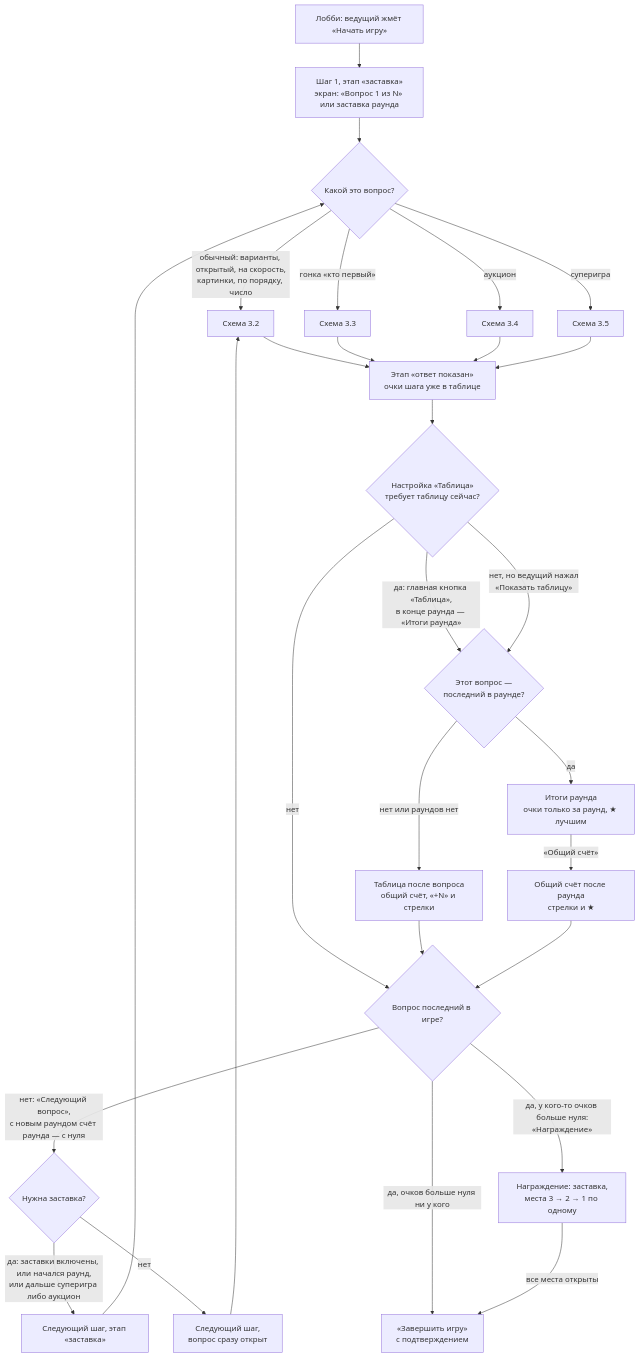
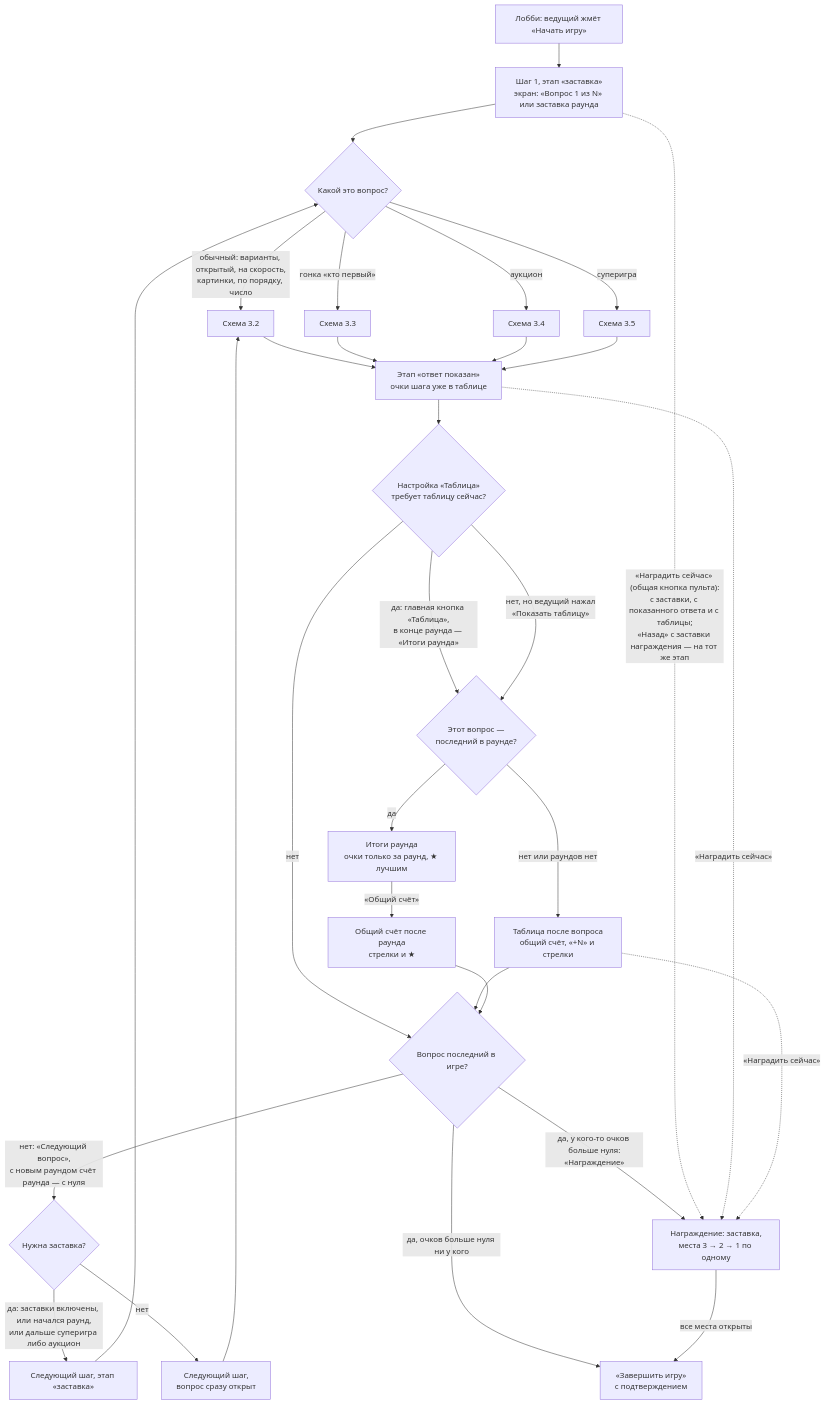
The first of 7 diagrams in src/mechanics/quiz/LOGIC.md (Joonde/joyrest-games), drawn with Mermaid before and after one commit. The commit also changed other lines of this file and 4 other files, not shown here.

````diff
--- a/src/mechanics/quiz/LOGIC.md
+++ b/src/mechanics/quiz/LOGIC.md
@@ -77,30 +78,33 @@
 ```mermaid
 flowchart TD
     A["Лобби: ведущий жмёт «Начать игру»"] --> B["Шаг 1, этап «заставка»<br/>экран: «Вопрос 1 из N» или заставка раунда"]
     B --> C{"Какой это вопрос?"}
     C -- "обычный: варианты, открытый, на скорость,<br/>картинки, по порядку, число" --> D["Схема 3.2"]
     C -- "гонка «кто первый»" --> E["Схема 3.3"]
     C -- "аукцион" --> F["Схема 3.4"]
     C -- "суперигра" --> G["Схема 3.5"]
     D --> R["Этап «ответ показан»<br/>очки шага уже в таблице"]
     E --> R
     F --> R
     G --> R
     R --> T{"Настройка «Таблица»<br/>требует таблицу сейчас?"}
     T -- "да: главная кнопка «Таблица»,<br/>в конце раунда — «Итоги раунда»" --> H{"Этот вопрос —<br/>последний в раунде?"}
     T -- "нет, но ведущий нажал<br/>«Показать таблицу»" --> H
     T -- "нет" --> L{"Вопрос последний в игре?"}
     H -- "нет или раундов нет" --> I["Таблица после вопроса<br/>общий счёт, «+N» и стрелки"]
     H -- "да" --> J["Итоги раунда<br/>очки только за раунд, ★ лучшим"]
     J -- "«Общий счёт»" --> K["Общий счёт после раунда<br/>стрелки и ★"]
     I --> L
     K --> L
     L -- "нет: «Следующий вопрос»,<br/>с новым раундом счёт раунда — с нуля" --> M{"Нужна заставка?"}
     M -- "да: заставки включены, или начался раунд,<br/>или дальше суперигра либо аукцион" --> B2["Следующий шаг, этап «заставка»"]
     M -- "нет" --> Q2["Следующий шаг,<br/>вопрос сразу открыт"]
     B2 --> C
     Q2 --> D
     L -- "да, у кого-то очков больше нуля:<br/>«Награждение»" --> P["Награждение: заставка,<br/>места 3 → 2 → 1 по одному"]
     L -- "да, очков больше нуля ни у кого" --> Z["«Завершить игру»<br/>с подтверждением"]
     P -- "все места открыты" --> Z
+    B -. "«Наградить сейчас» (общая кнопка пульта):<br/>с заставки, с показанного ответа и с таблицы;<br/>«Назад» с заставки награждения — на тот же этап" .-> P
+    R -. "«Наградить сейчас»" .-> P
+    I -. "«Наградить сейчас»" .-> P
 ```
````
